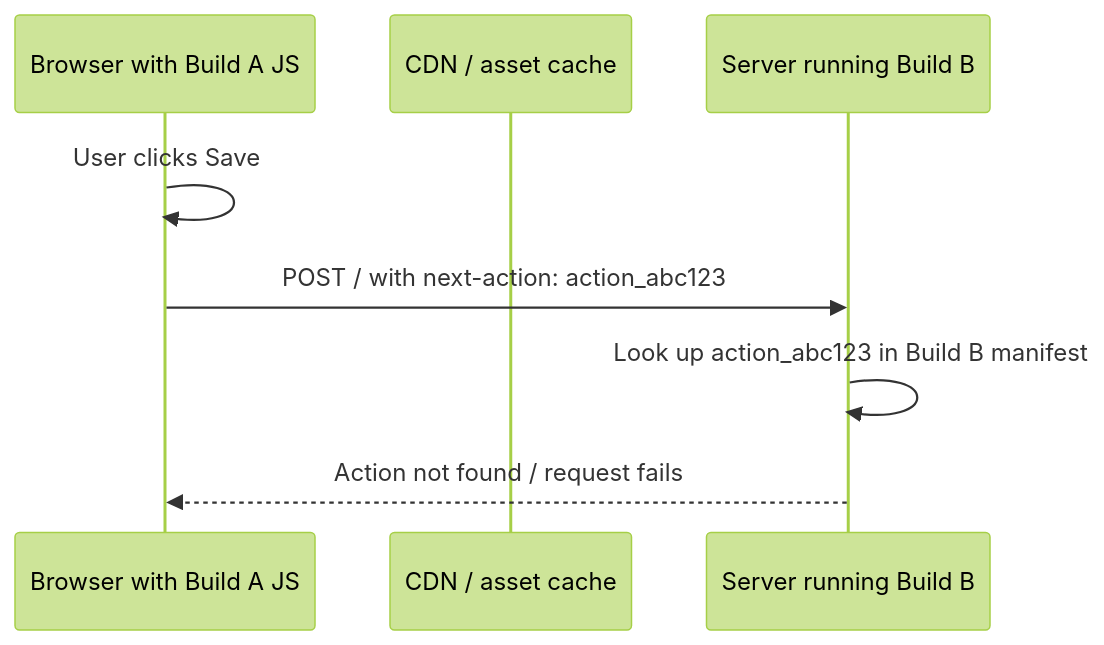
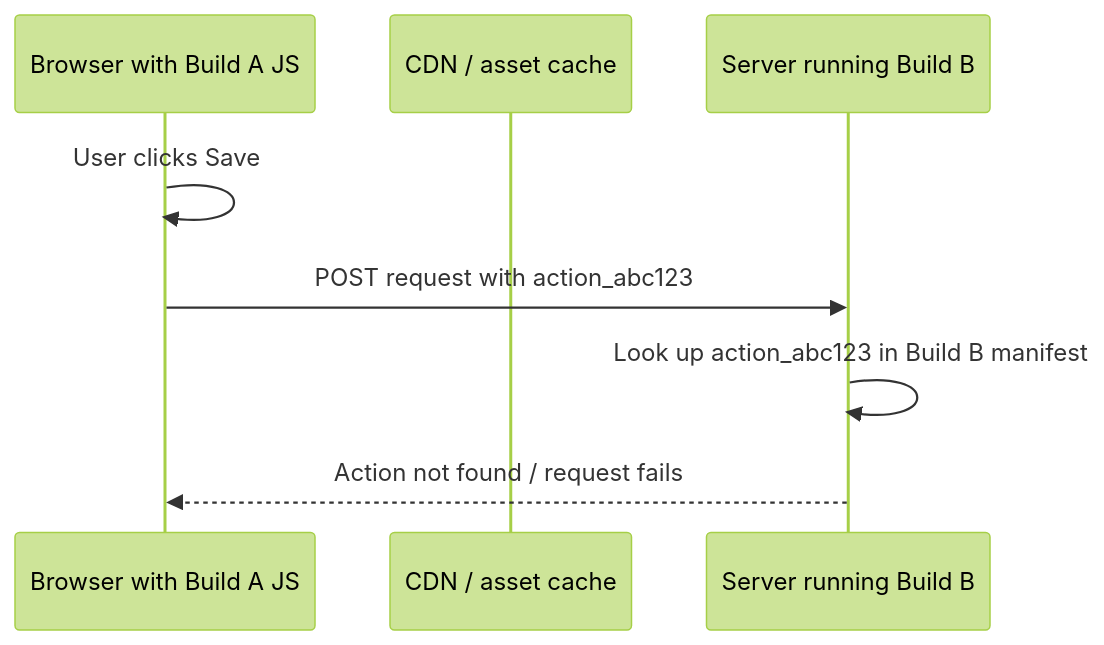
One commit to longlho/longlho.github.io changed the eighth of 12 diagrams in posts/next-server-actions.md. Above: the diagram before and after it, drawn with Mermaid (forest theme). The commit also changed other lines of this file and 1 other file, not shown here.

Commit message:
Generalize server actions post around RSC

````diff
--- a/posts/next-server-actions.md
+++ b/posts/next-server-actions.md
@@ -212,11 +215,11 @@
 ```mermaid
 sequenceDiagram
   participant Browser as Browser with Build A JS
   participant CDN as CDN / asset cache
   participant Server as Server running Build B
 
   Browser->>Browser: User clicks Save
-  Browser->>Server: POST / with next-action: action_abc123
+  Browser->>Server: POST request with action_abc123
   Server->>Server: Look up action_abc123 in Build B manifest
   Server-->>Browser: Action not found / request fails
 ```
````
